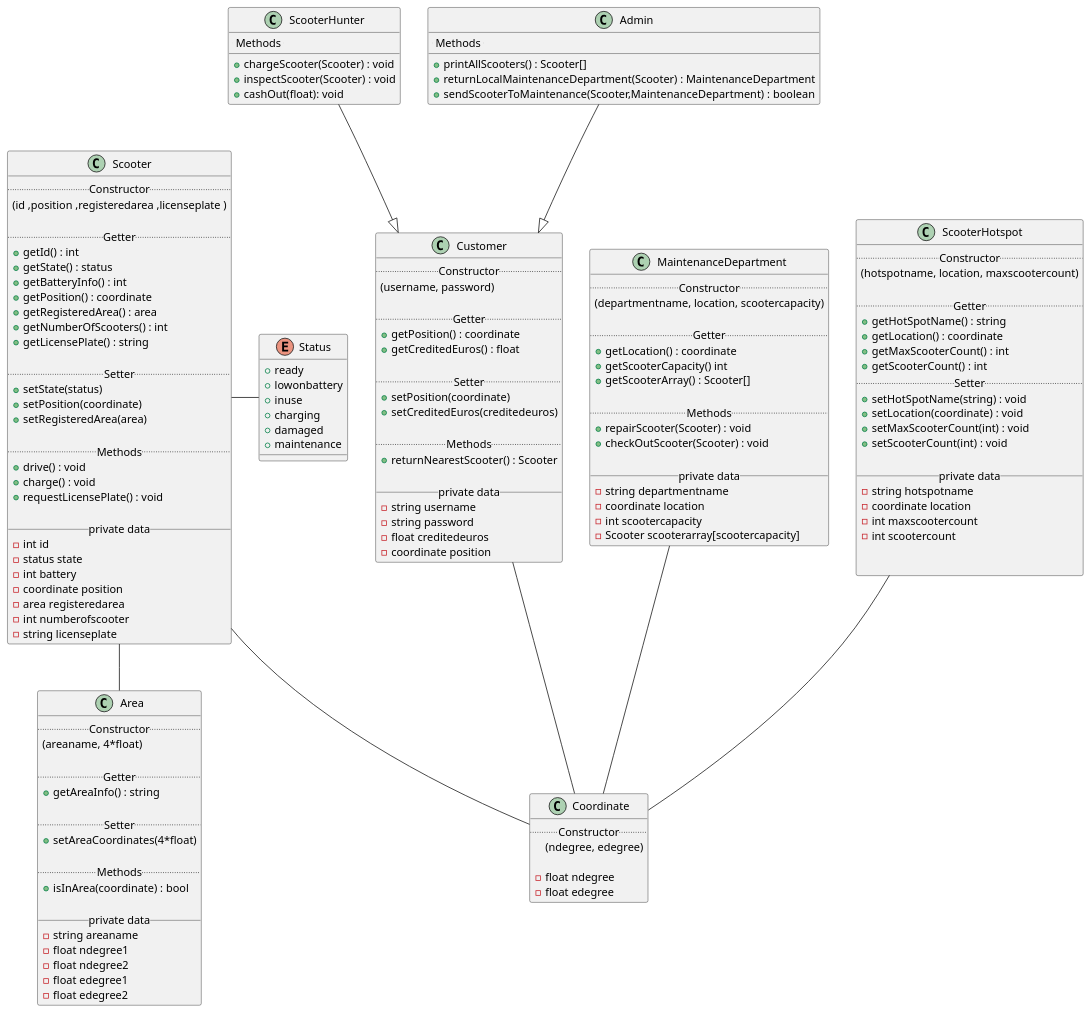
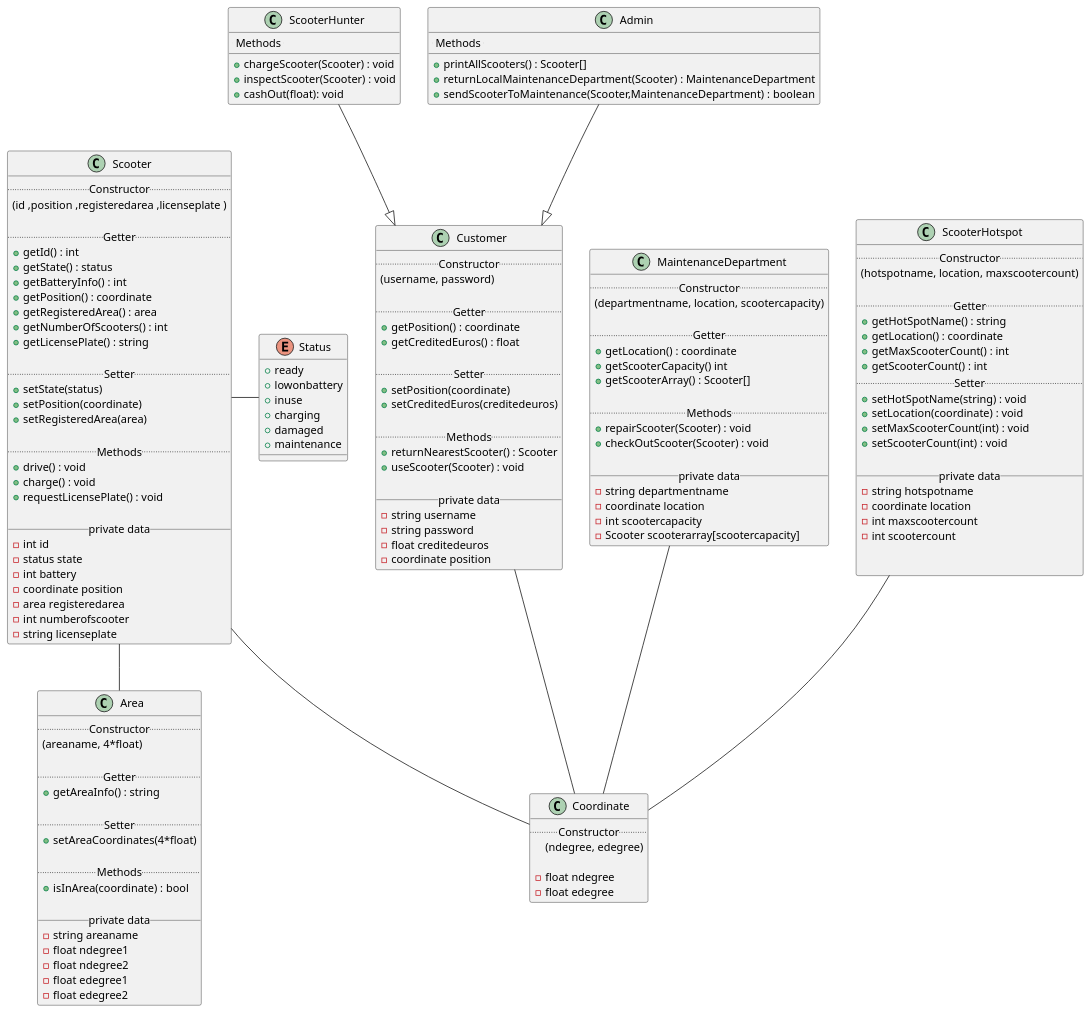
The diagram in umldiagram.iuml (fh-erfurt/Scooter-MS), drawn with PlantUML before and after one commit. The commit also changed 2 other files, not shown here.

Commit message:
Updated UML and separated returnNearestScooter and useScooter

```diff
--- a/umldiagram.iuml
+++ b/umldiagram.iuml
@@ -1,179 +1,180 @@
 @startuml
 
 
 
 
 
 skinparam componentStyle uml2
 
 
 
 class Scooter {
     .. Constructor ..
       (id ,position ,registeredarea ,licenseplate )
 
     .. Getter ..
   + getId() : int
   + getState() : status
   + getBatteryInfo() : int
   + getPosition() : coordinate
   + getRegisteredArea() : area
   + getNumberOfScooters() : int
   + getLicensePlate() : string
 
   .. Setter ..
   + setState(status)
   + setPosition(coordinate)
   + setRegisteredArea(area)
 
   .. Methods ..
   + drive() : void
   + charge() : void
   + requestLicensePlate() : void
 
   __ private data __
   -int id
   -status state
   -int battery
   -coordinate position
   -area registeredarea
   -int numberofscooter
   -string licenseplate
 }
 
 class Area {
   .. Constructor ..
   (areaname, 4*float)
 
   .. Getter ..
   + getAreaInfo() : string
 
   .. Setter ..
   + setAreaCoordinates(4*float)
 
   .. Methods ..
   + isInArea(coordinate) : bool
 
   __ private data __
   -string areaname
   -float ndegree1
   -float ndegree2
   -float edegree1
   -float edegree2
 }
 
 
 
 class Coordinate {
   .. Constructor ..
   (ndegree, edegree)
 
   -float ndegree
   -float edegree
 }
 
 
 class Customer {
   .. Constructor ..
   (username, password)
 
   .. Getter ..
   + getPosition() : coordinate
   + getCreditedEuros() : float
 
   .. Setter ..
   + setPosition(coordinate)
   + setCreditedEuros(creditedeuros)
 
   .. Methods ..
   + returnNearestScooter() : Scooter
+  + useScooter(Scooter) : void
 
   __ private data __
   -string username
   -string password
   -float creditedeuros
   -coordinate position
 }
 
 class ScooterHunter {
 
   .. Methods ..
   + chargeScooter(Scooter) : void
   + inspectScooter(Scooter) : void
   + cashOut(float): void
 }
 
 class Admin {
 
   .. Methods ..
   + printAllScooters() : Scooter[]
   + returnLocalMaintenanceDepartment(Scooter) : MaintenanceDepartment
   + sendScooterToMaintenance(Scooter,MaintenanceDepartment) : boolean
 }
 
 
 class MaintenanceDepartment {
   .. Constructor ..
 (departmentname, location, scootercapacity)
 
   .. Getter ..
   + getLocation() : coordinate
   + getScooterCapacity() int
   + getScooterArray() : Scooter[]
 
   .. Methods ..
   + repairScooter(Scooter) : void
   + checkOutScooter(Scooter) : void
 
   __ private data __
   -string departmentname
   -coordinate location
   -int scootercapacity
   -Scooter scooterarray[scootercapacity]
 }
 
 
 class ScooterHotspot {
   .. Constructor ..
 (hotspotname, location, maxscootercount)
 
   .. Getter ..
   + getHotSpotName() : string
   + getLocation() : coordinate
   + getMaxScooterCount() : int
   + getScooterCount() : int
   .. Setter ..
   + setHotSpotName(string) : void
   + setLocation(coordinate) : void
   + setMaxScooterCount(int) : void
   + setScooterCount(int) : void
 
   __ private data __
   -string hotspotname
   -coordinate location
   -int maxscootercount
   -int scootercount
 
 
 }
 
 enum Status {
   + ready
   + lowonbattery
   + inuse
   + charging
   + damaged
   + maintenance
 }
 
 Admin --|> Customer
 ScooterHunter --|> Customer
 Scooter - Status
 Scooter -- Coordinate
 Scooter -- Area
 MaintenanceDepartment -- Coordinate
 ScooterHotspot -- Coordinate
 Customer -- Coordinate
 
 
 @enduml
```
